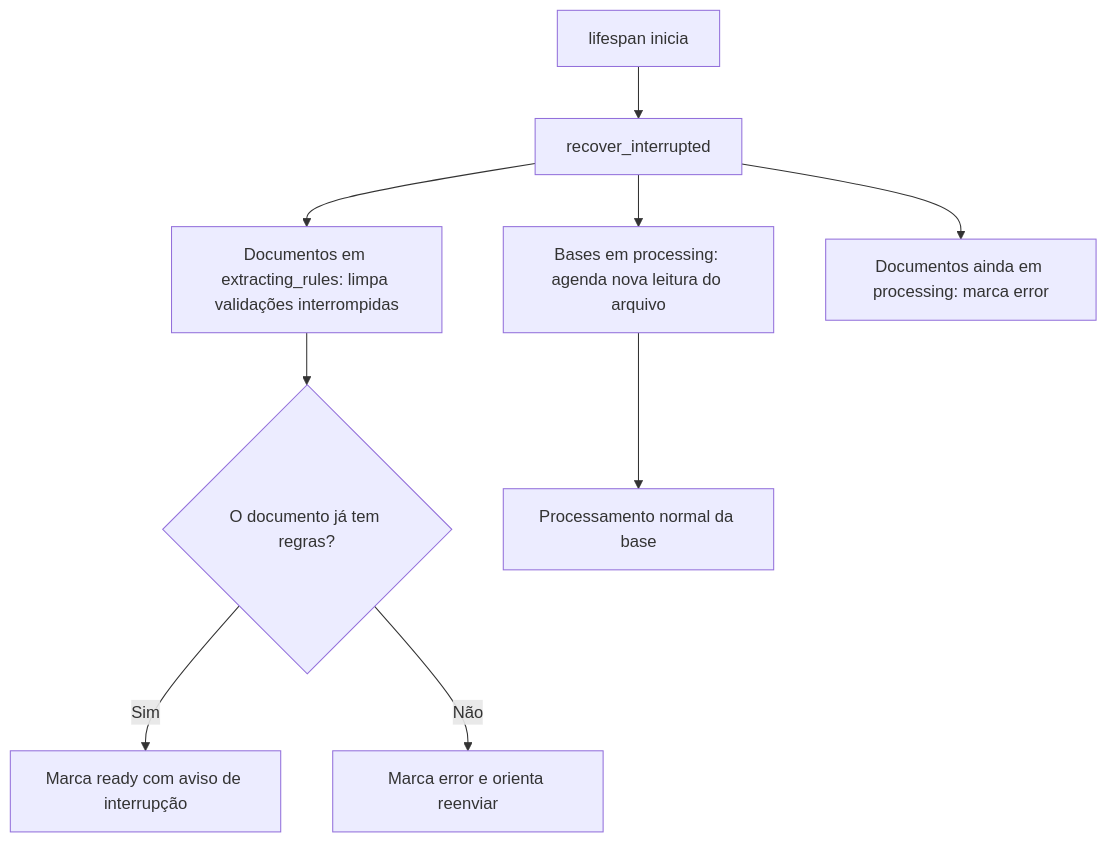
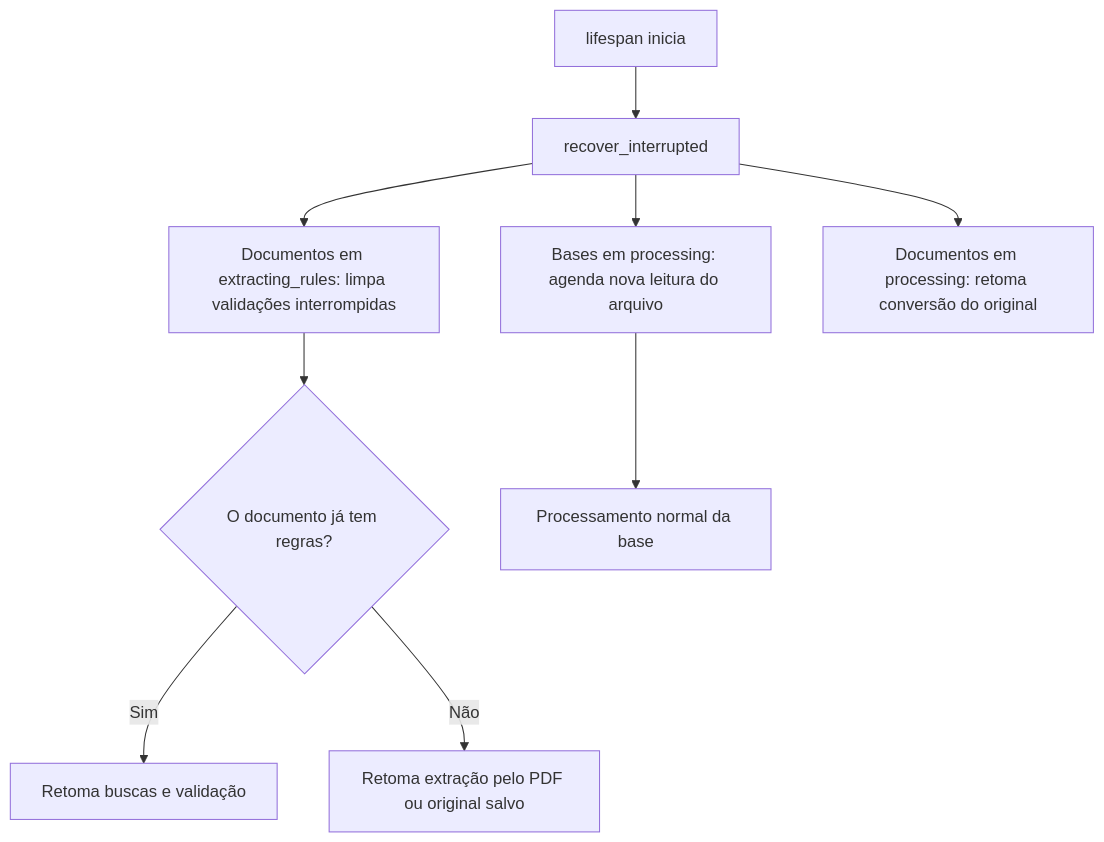
The eighth of 8 diagrams in docs/fluxos.md (brunpena/ic-grifo), drawn with Mermaid before and after one commit. The commit also changed other lines of this file and 2 other files, not shown here.

Commit message:
docs: describe async uploads recovery and processing limits

````diff
--- a/docs/fluxos.md
+++ b/docs/fluxos.md
@@ -224,11 +230,11 @@
 ```mermaid
 flowchart TD
     A["lifespan inicia"] --> B["recover_interrupted"]
     B --> C["Bases em processing: agenda nova leitura do arquivo"]
     B --> D["Documentos em extracting_rules: limpa validações interrompidas"]
     D --> E{"O documento já tem regras?"}
-    E -->|Sim| F["Marca ready com aviso de interrupção"]
-    E -->|Não| G["Marca error e orienta reenviar"]
-    B --> H["Documentos ainda em processing: marca error"]
+    E -->|Sim| F["Retoma buscas e validação"]
+    E -->|Não| G["Retoma extração pelo PDF ou original salvo"]
+    B --> H["Documentos em processing: retoma conversão do original"]
     C --> I["Processamento normal da base"]
 ```
````
